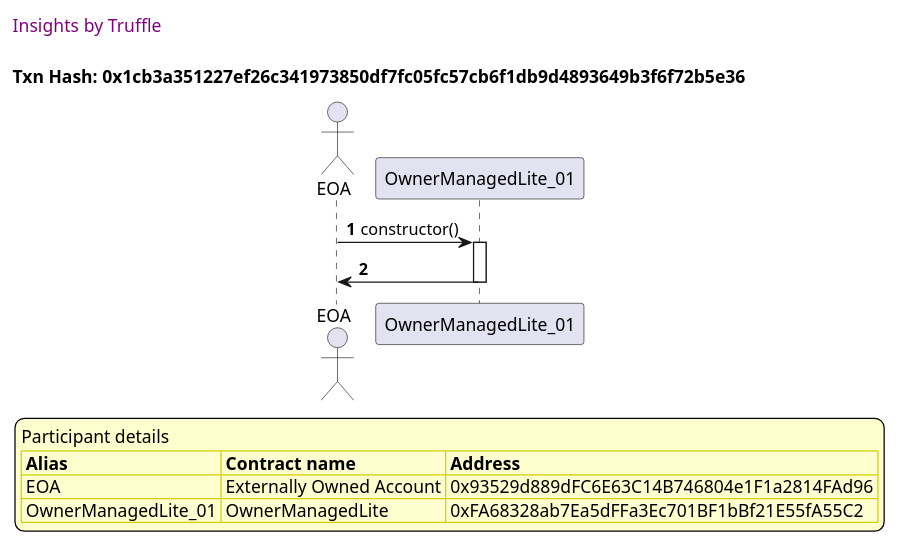
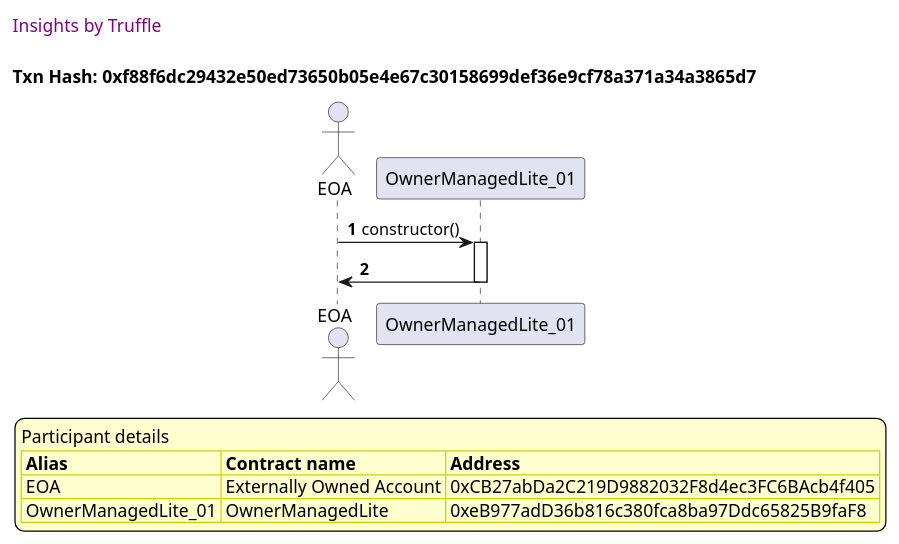
Before and after one commit to thedarkjester/ConsensysAssignment: the third of 9 diagrams in truffle-seq/OwnerManagedLite_test_add_state.md, drawn with PlantUML. The commit also changed other lines of this file and 13 other files, not shown here.

````diff
--- a/truffle-seq/OwnerManagedLite_test_add_state.md
+++ b/truffle-seq/OwnerManagedLite_test_add_state.md
@@ -111,37 +111,37 @@
 ```plantuml
 
 
 @startuml
 
 autonumber
 skinparam legendBackgroundColor #FEFECE
 
 <style>
       header {
         HorizontalAlignment left
         FontColor purple
         FontSize 14
         Padding 10
       }
     </style>
 
 header Insights by Truffle
 
-title Txn Hash: 0x1cb3a351227ef26c341973850df7fc05fc57cb6f1db9d4893649b3f6f72b5e36
+title Txn Hash: 0xf88f6dc29432e50ed73650b05e4e67c30158699def36e9cf78a371a34a3865d7
 
 
 actor EOA as "EOA"
 participant OwnerManagedLite_01 as "OwnerManagedLite_01"
 
 "EOA" -> "OwnerManagedLite_01" ++: constructor()
 "OwnerManagedLite_01" -> "EOA" --: 
 
 legend
 Participant details
 <#FEFECE,#D0D000>|= Alias |= Contract name |= Address |
-<#FEFECE>| EOA | Externally Owned Account | 0x93529d889dFC6E63C14B746804e1F1a2814FAd96 |
-<#FEFECE>| OwnerManagedLite_01 | OwnerManagedLite | 0xFA68328ab7Ea5dFFa3Ec701BF1bBf21E55fA55C2 |
+<#FEFECE>| EOA | Externally Owned Account | 0xCB27abDa2C219D9882032F8d4ec3FC6BAcb4f405 |
+<#FEFECE>| OwnerManagedLite_01 | OwnerManagedLite | 0xeB977adD36b816c380fca8ba97Ddc65825B9faF8 |
 endlegend
 
 @enduml
 ```
````
